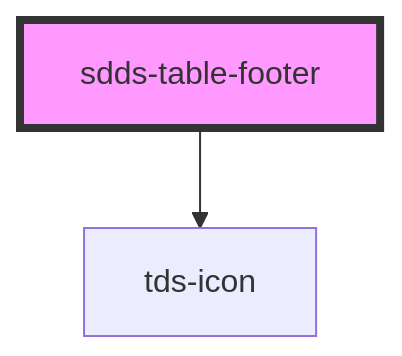
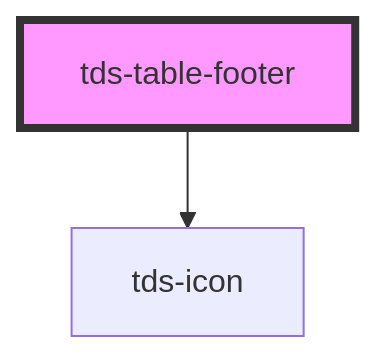
The diagram in core/src/components/table/table-footer/readme.md (scania-digital-design-system/tegel), drawn with Mermaid before and after one commit. The commit also changed other lines of this file and 41 other files, not shown here.

````diff
--- a/core/src/components/table/table-footer/readme.md
+++ b/core/src/components/table/table-footer/readme.md
@@ -33,5 +33,5 @@
 ```mermaid
 graph TD;
-  sdds-table-footer --> tds-icon
-  style sdds-table-footer fill:#f9f,stroke:#333,stroke-width:4px
+  tds-table-footer --> tds-icon
+  style tds-table-footer fill:#f9f,stroke:#333,stroke-width:4px
 ```
````
